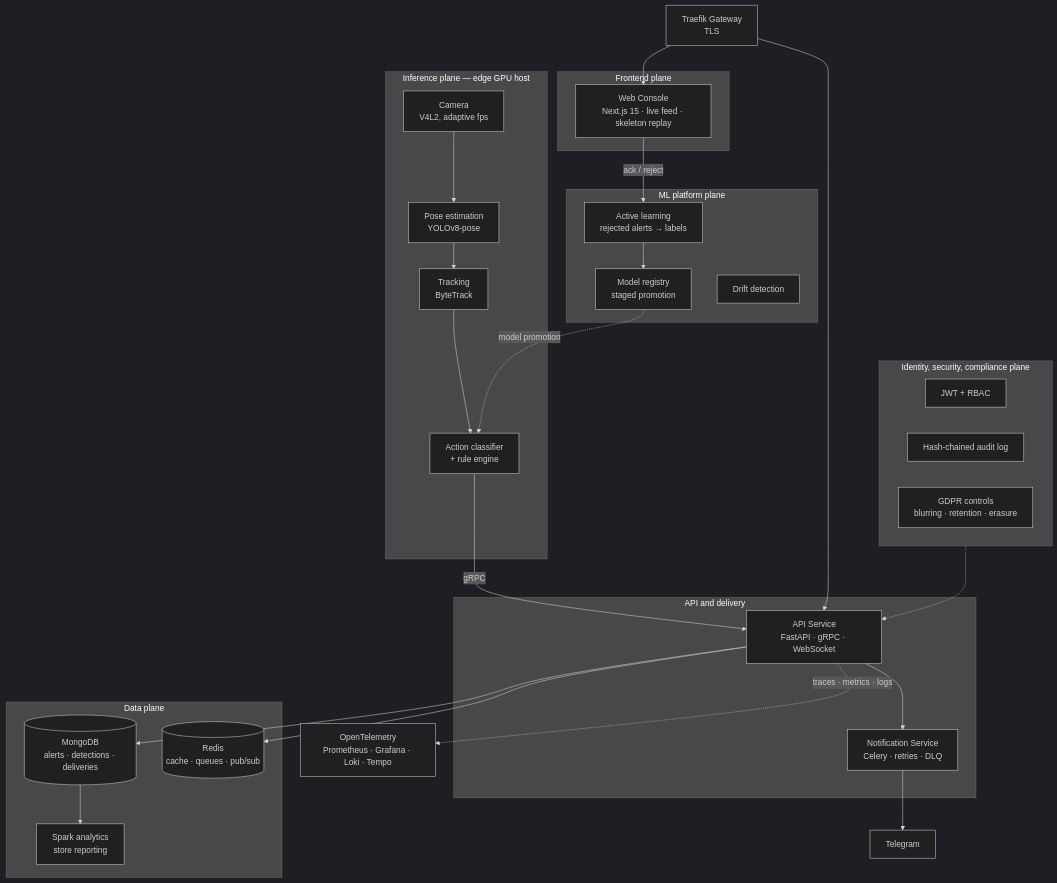
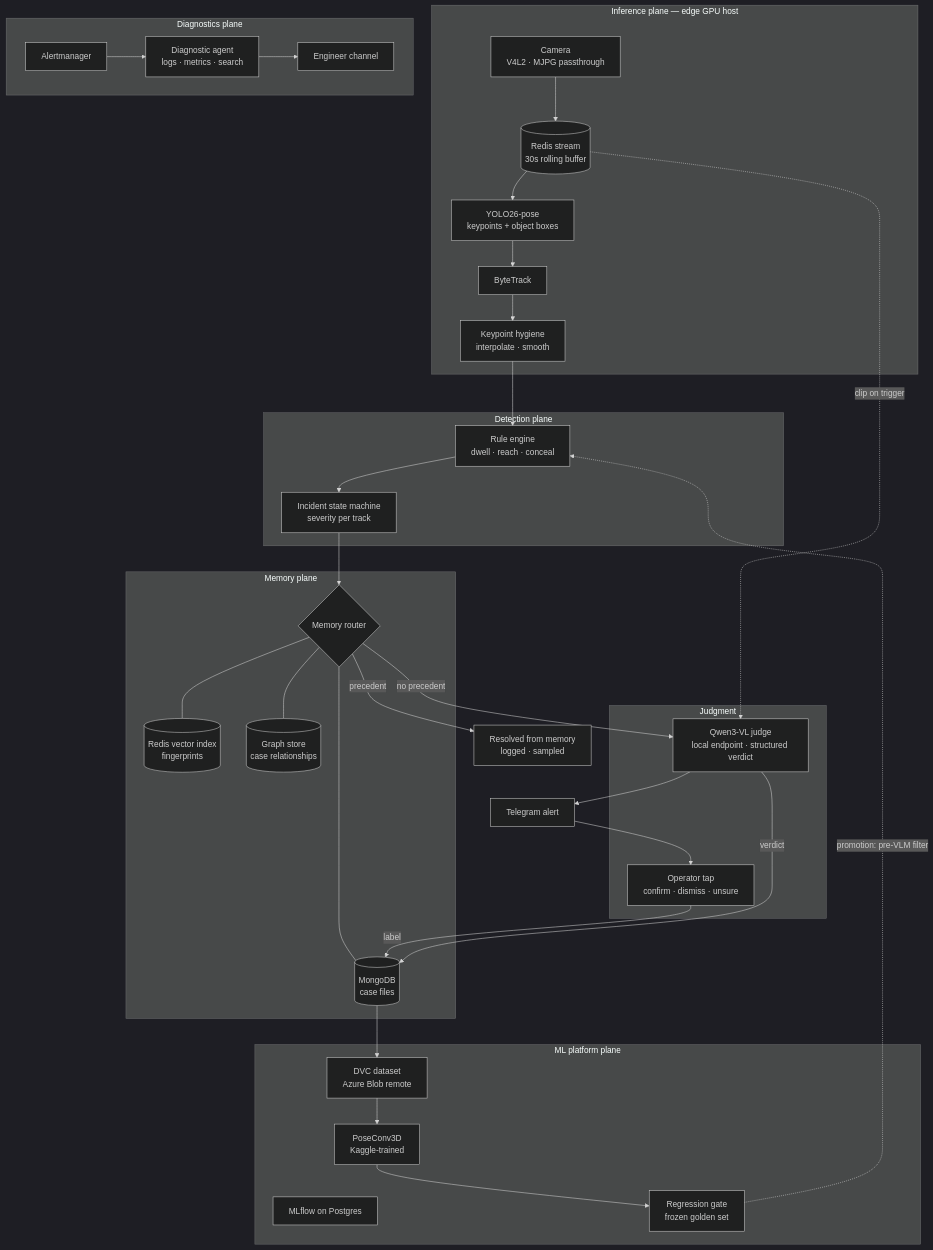
Before and after one commit to Nizar7kabbaj/theft-detection-platform: the diagram in README.md, drawn with Mermaid (dark theme). The commit also changed other lines of this file, not shown here.

````diff
--- a/README.md
+++ b/README.md
@@ -72,49 +98,50 @@
 ```mermaid
 flowchart TB
     subgraph edge["Inference plane — edge GPU host"]
-        cam[Camera<br/>V4L2, adaptive fps] --> pose[Pose estimation<br/>YOLOv8-pose]
-        pose --> track[Tracking<br/>ByteTrack]
-        track --> clf[Action classifier<br/>+ rule engine]
+        cam[Camera<br/>V4L2 · MJPG passthrough] --> stream[(Redis stream<br/>30s rolling buffer)]
+        stream --> pose[YOLO26-pose<br/>keypoints + object boxes]
+        pose --> track[ByteTrack] --> hygiene[Keypoint hygiene<br/>interpolate · smooth]
     end
 
-    subgraph data["Data plane"]
-        mongo[(MongoDB<br/>alerts · detections · deliveries)]
-        redis[(Redis<br/>cache · queues · pub/sub)]
-        spark[Spark analytics<br/>store reporting]
+    subgraph detect["Detection plane"]
+        hygiene --> rules[Rule engine<br/>dwell · reach · conceal]
+        rules --> incident[Incident state machine<br/>severity per track]
     end
 
-    subgraph core["API and delivery"]
-        api[API Service<br/>FastAPI · gRPC · WebSocket]
-        notif[Notification Service<br/>Celery · retries · DLQ]
+    subgraph memory["Memory plane"]
+        router{Memory router}
+        vec[(Redis vector index<br/>fingerprints)]
+        cases[(MongoDB<br/>case files)]
+        graphdb[(Graph store<br/>case relationships)]
+        router --- vec
+        router --- cases
+        router --- graphdb
     end
 
-    subgraph sec["Identity, security, compliance plane"]
-        auth[JWT + RBAC]
-        audit[Hash-chained audit log]
-        gdpr[GDPR controls<br/>blurring · retention · erasure]
+    subgraph judge["Judgment"]
+        vlm[Qwen3-VL judge<br/>local endpoint · structured verdict]
+        human[Operator tap<br/>confirm · dismiss · unsure]
     end
 
-    subgraph mlp["ML platform plane"]
-        registry[Model registry<br/>staged promotion]
-        drift[Drift detection]
-        active[Active learning<br/>rejected alerts → labels]
+    subgraph flywheel["ML platform plane"]
+        dvc[DVC dataset<br/>Azure Blob remote]
+        mlf[MLflow on Postgres]
+        p3d[PoseConv3D<br/>Kaggle-trained]
+        gate[Regression gate<br/>frozen golden set]
     end
 
-    subgraph front["Frontend plane"]
-        web[Web Console<br/>Next.js 15 · live feed · skeleton replay]
+    subgraph diag["Diagnostics plane"]
+        am[Alertmanager] --> doctor[Diagnostic agent<br/>logs · metrics · search]
+        doctor --> ops[Engineer channel]
     end
 
-    clf -- gRPC --> api
-    api --> mongo
-    api --> redis
-    api --> notif
-    notif --> tg[Telegram]
-    mongo --> spark
-    traefik[Traefik Gateway<br/>TLS] --> api
-    traefik --> web
-    web -- ack / reject --> active
-    active --> registry
-    registry -. model promotion .-> clf
-    sec -.-> api
-    api -. traces · metrics · logs .-> otel[OpenTelemetry<br/>Prometheus · Grafana · Loki · Tempo]
+    incident --> router
+    router -- precedent --> resolved[Resolved from memory<br/>logged · sampled]
+    router -- no precedent --> vlm
+    vlm --> tg[Telegram alert] --> human
+    human -- label --> cases
+    vlm -- verdict --> cases
+    cases --> dvc --> p3d --> gate
+    gate -. promotion: pre-VLM filter .-> rules
+    stream -. clip on trigger .-> vlm
 ```
````
